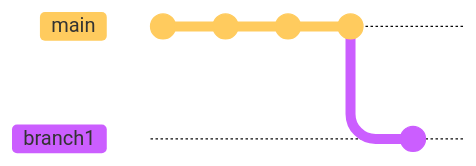
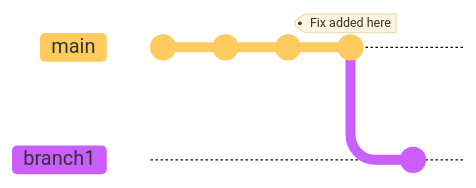
The sixth of 9 diagrams in 2023-02-06-git-branch-lecture.qmd (Sparrow0hawk/quarto-slides), drawn with Mermaid before and after one commit. The commit also changed other lines of this file, not shown here. Commit ids are hidden.

Commit message:
add tag label to highlight commit above branch

````diff
--- a/2023-02-06-git-branch-lecture.qmd
+++ b/2023-02-06-git-branch-lecture.qmd
@@ -128,13 +128,13 @@
 ```{mermaid}
 %%| fig-height: 2.4
 %%{init: { 'logLevel': 'debug', 'theme': 'base', 'gitGraph': {'showBranches': true,'showCommitLabel': false, 'rotateCommitLabel': true}} }%%
 
 gitGraph
     commit
     commit
     commit
-    commit
+    commit tag: "Fix added here"
     branch branch1
     commit
 
 ```
````
